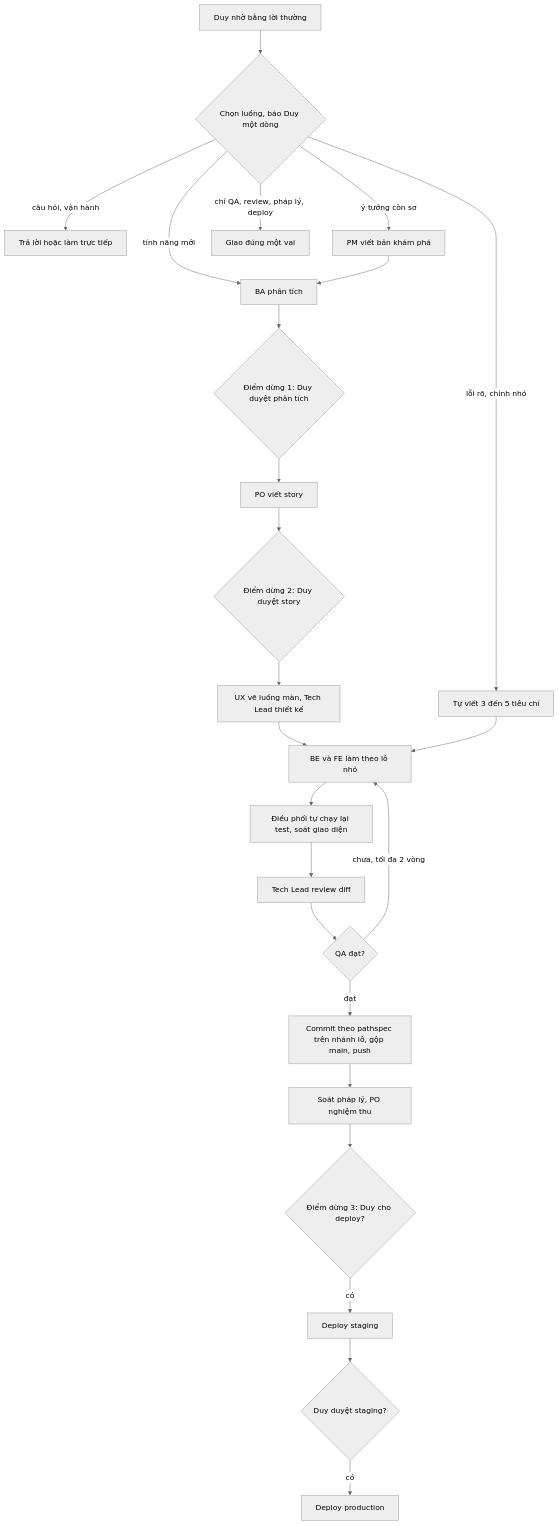
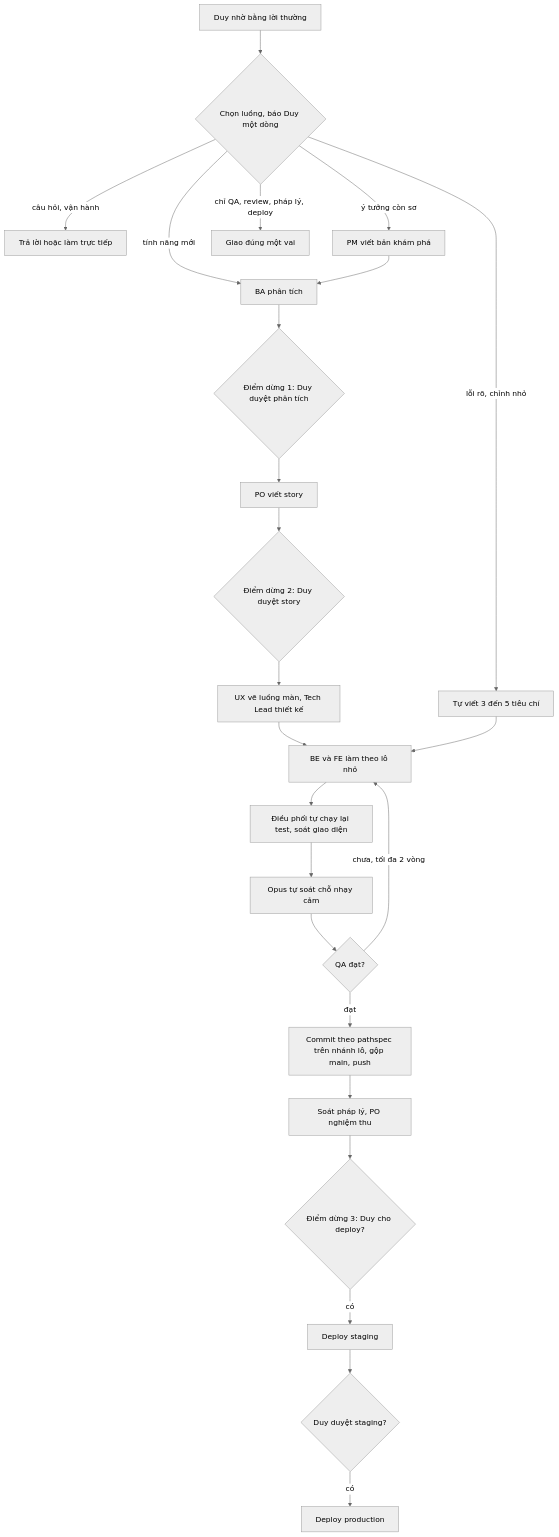
The diagram in .claude/skills/feature/SKILL.md (DuyduyFedev46/fish), drawn with Mermaid (neutral theme) before and after one commit. The commit also changed other lines of this file and 28 other files, not shown here.

````diff
--- a/.claude/skills/feature/SKILL.md
+++ b/.claude/skills/feature/SKILL.md
@@ -9,26 +9,26 @@
 ```mermaid
 flowchart TD
   Y["Duy nhờ bằng lời thường"] --> L{"Chọn luồng, báo Duy một dòng"}
   L -- "câu hỏi, vận hành" --> TT["Trả lời hoặc làm trực tiếp"]
   L -- "ý tưởng còn sơ" --> PM["PM viết bản khám phá"]
   L -- "tính năng mới" --> BA["BA phân tích"]
   L -- "lỗi rõ, chỉnh nhỏ" --> AC["Tự viết 3 đến 5 tiêu chí"]
   L -- "chỉ QA, review, pháp lý, deploy" --> RIENG["Giao đúng một vai"]
   PM --> BA
   BA --> D1{"Điểm dừng 1: Duy duyệt phân tích"}
   D1 --> PO["PO viết story"]
   PO --> D2{"Điểm dừng 2: Duy duyệt story"}
   D2 --> UXTL["UX vẽ luồng màn, Tech Lead thiết kế"]
   UXTL --> DEV["BE và FE làm theo lô nhỏ"]
   AC --> DEV
   DEV --> KC["Điều phối tự chạy lại test, soát giao diện"]
-  KC --> TLR["Tech Lead review diff"]
+  KC --> TLR["Opus tự soát chỗ nhạy cảm"]
   TLR --> QA{"QA đạt?"}
   QA -- "chưa, tối đa 2 vòng" --> DEV
   QA -- "đạt" --> GIT["Commit theo pathspec trên nhánh lô, gộp main, push"]
   GIT --> RV["Soát pháp lý, PO nghiệm thu"]
   RV --> D3{"Điểm dừng 3: Duy cho deploy?"}
   D3 -- "có" --> STG["Deploy staging"]
   STG --> D4{"Duy duyệt staging?"}
   D4 -- "có" --> PRD["Deploy production"]
 ```
````
